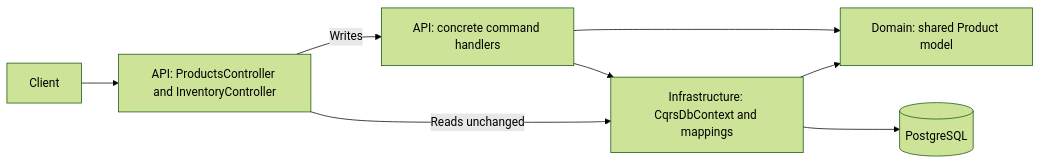
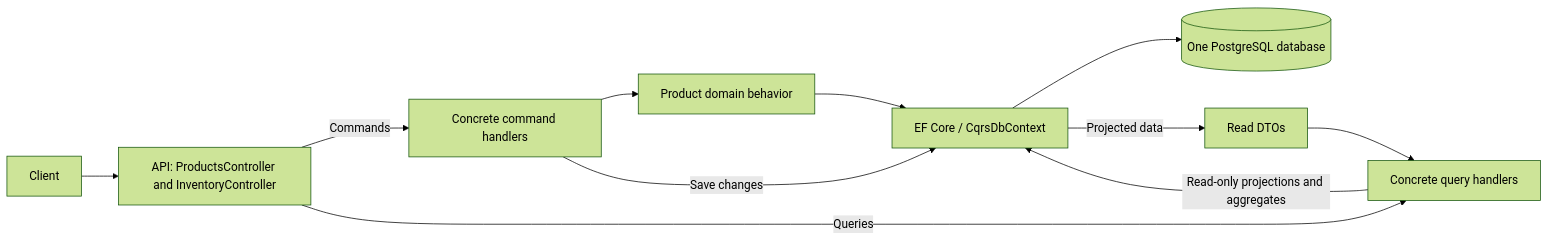
Before and after one commit to Luqa1/Engineering-Playground: the first of 3 diagrams in 06-cqrs/README.md, drawn with Mermaid (forest theme). The commit also changed other lines of this file and 11 other files, not shown here.

Commit message:
CQRS PoC Query side implemented

````diff
--- a/06-cqrs/README.md
+++ b/06-cqrs/README.md
@@ -79,10 +89,13 @@
 ```mermaid
 flowchart LR
     Client --> API[API: ProductsController and InventoryController]
-    API -->|Writes| Handlers[API: concrete command handlers]
-    Handlers --> Domain[Domain: shared Product model]
-    Handlers --> Infrastructure[Infrastructure: CqrsDbContext and mappings]
-    API -->|Reads unchanged| Infrastructure
-    Infrastructure --> Domain
-    Infrastructure --> PostgreSQL[(PostgreSQL)]
+    API -->|Commands| Commands[Concrete command handlers]
+    API -->|Queries| Queries[Concrete query handlers]
+    Commands --> Domain[Product domain behavior]
+    Domain --> EF[EF Core / CqrsDbContext]
+    Commands -->|Save changes| EF
+    Queries -->|Read-only projections and aggregates| EF
+    EF --> PostgreSQL[(One PostgreSQL database)]
+    EF -->|Projected data| DTOs[Read DTOs]
+    DTOs --> Queries
 ```
````
